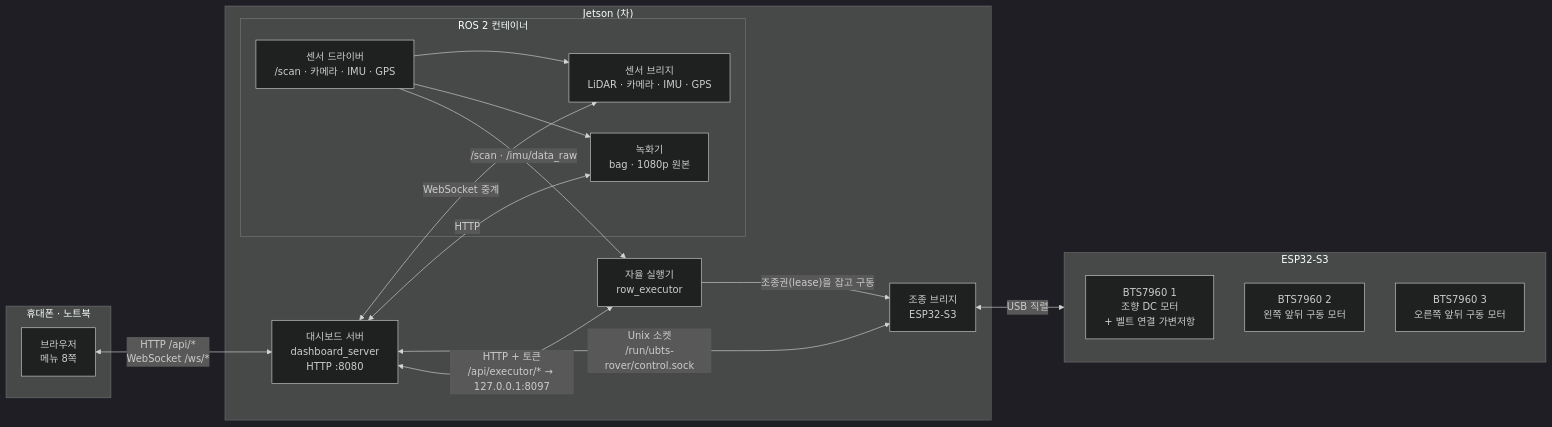
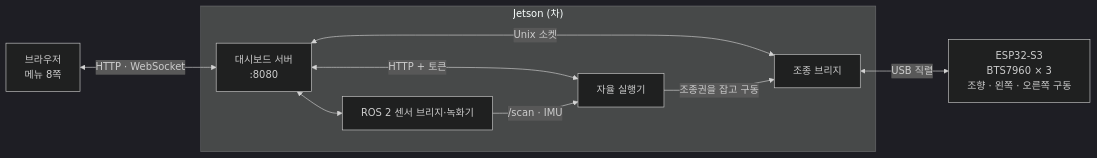
One commit to 2026-BTS-UNI-Car/unist_orachard_dashboard changed the diagram in README.md. Above: the diagram before and after it, drawn with Mermaid (dark theme). The commit also changed other lines of this file and 3 other files, not shown here.

````diff
--- a/README.md
+++ b/README.md
@@ -170,31 +46,18 @@
 ```mermaid
 flowchart LR
-  subgraph PHONE["휴대폰 · 노트북"]
-    B["브라우저<br/>메뉴 8쪽"]
+  B["브라우저<br/>메뉴 8쪽"]
+  subgraph JET["Jetson (차)"]
+    D["대시보드 서버<br/>:8080"]
+    SB["ROS 2 센서 브리지·녹화기"]
+    MB["조종 브리지"]
+    EX["자율 실행기"]
   end
-  subgraph JET["Jetson (차)"]
-    D["대시보드 서버<br/>dashboard_server<br/>HTTP :8080"]
-    subgraph ROS["ROS 2 컨테이너"]
-      DRV["센서 드라이버<br/>/scan · 카메라 · IMU · GPS"]
-      SB["센서 브리지<br/>LiDAR · 카메라 · IMU · GPS"]
-      REC["녹화기<br/>bag · 1080p 원본"]
-    end
-    MB["조종 브리지<br/>ESP32-S3"]
-    EX["자율 실행기<br/>row_executor"]
-  end
-  subgraph ESP["ESP32-S3"]
-    M1["BTS7960 1<br/>조향 DC 모터<br/>+ 벨트 연결 가변저항"]
-    M2["BTS7960 2<br/>왼쪽 앞뒤 구동 모터"]
-    M3["BTS7960 3<br/>오른쪽 앞뒤 구동 모터"]
-  end
-  B <-->|"HTTP /api/*<br/>WebSocket /ws/*"| D
-  D <-->|"WebSocket 중계"| SB
-  DRV --> SB
-  DRV --> REC
-  D <-->|"HTTP"| REC
-  D <-->|"Unix 소켓<br/>/run/ubts-rover/control.sock"| MB
-  D <-->|"HTTP + 토큰<br/>/api/executor/* → 127.0.0.1:8097"| EX
-  DRV -->|"/scan · /imu/data_raw"| EX
-  EX -->|"조종권(lease)을 잡고 구동"| MB
+  ESP["ESP32-S3<br/>BTS7960 × 3<br/>조향 · 왼쪽 · 오른쪽 구동"]
+  B <-->|"HTTP · WebSocket"| D
+  D <--> SB
+  D <-->|"Unix 소켓"| MB
+  D <-->|"HTTP + 토큰"| EX
+  SB -->|"/scan · IMU"| EX
+  EX -->|"조종권을 잡고 구동"| MB
   MB <-->|"USB 직렬"| ESP
 ```
````
